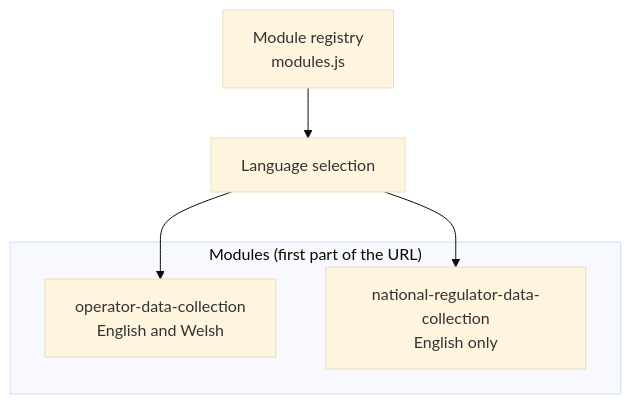
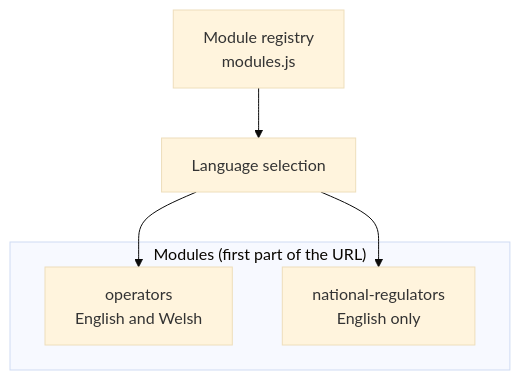
One commit to DEFRA/aqie-prtr-submissions-frontend changed the second of 4 diagrams in docs/architecture.md. Above: the diagram before and after it, drawn with Mermaid (base theme). The commit also changed other lines of this file and 15 other files, not shown here.

Commit message:
Implement national regulators module with routing and content

````diff
--- a/docs/architecture.md
+++ b/docs/architecture.md
@@ -183,14 +183,14 @@
 ```mermaid
 flowchart TB
   REG["Module registry<br/>modules.js"]
   LANG["Language selection"]
 
   subgraph MODS["Modules (first part of the URL)"]
-    OP["operator-data-collection<br/>English and Welsh"]
-    NR["national-regulator-data-collection<br/>English only"]
+    OP["operators<br/>English and Welsh"]
+    NR["national-regulators<br/>English only"]
   end
 
   REG --> LANG
   LANG --> OP
   LANG --> NR
 ```
````
